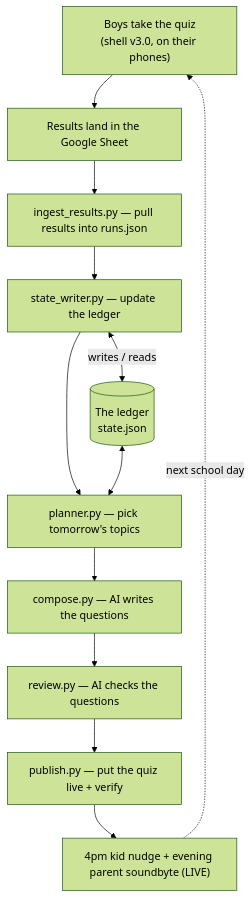
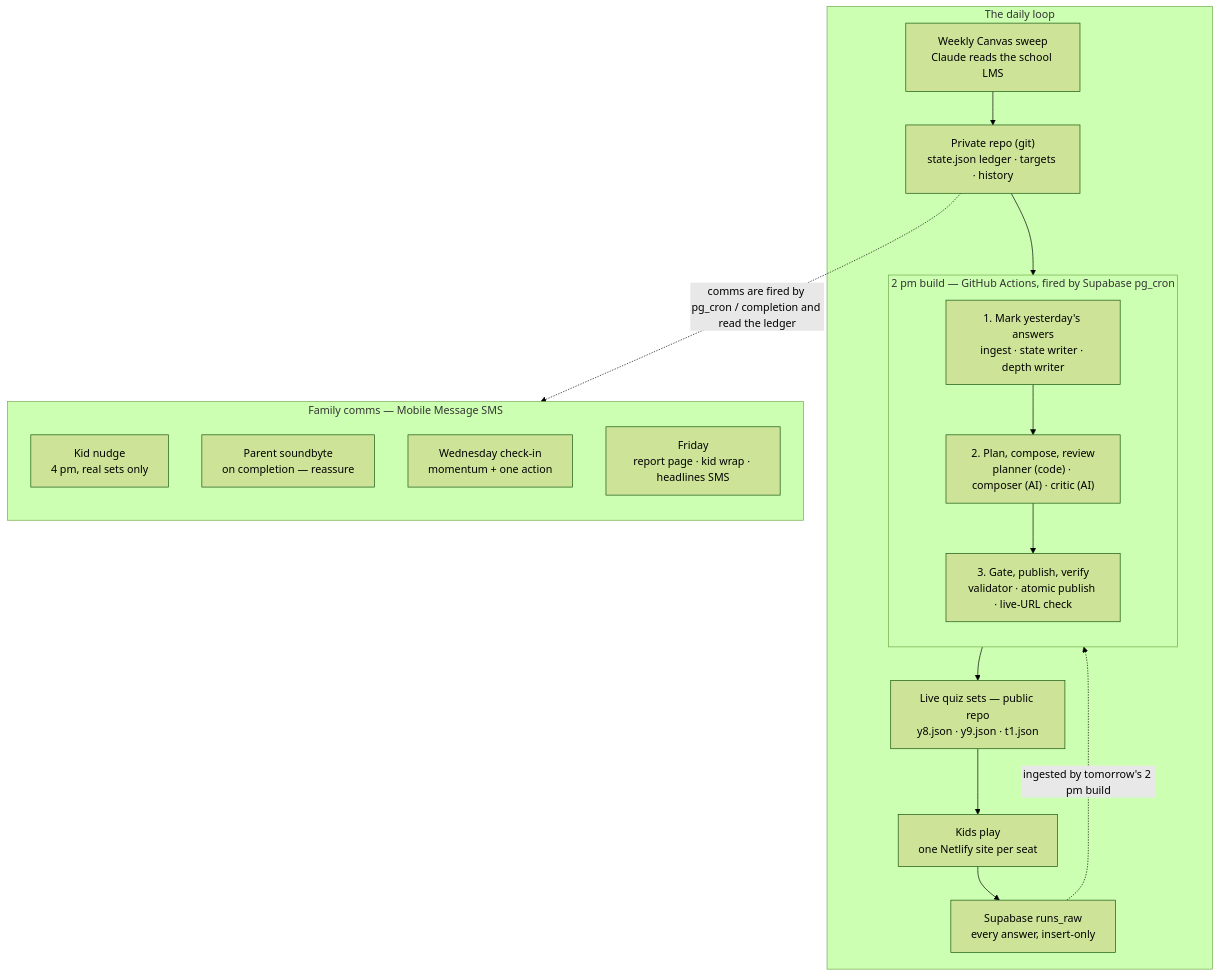
One commit to Rich898/DailyXP-content changed the diagram in SYSTEM-MAP.md. Above: the diagram before and after it, drawn with Mermaid (forest theme). The commit also changed other lines of this file, not shown here.

First line of the commit message:
SYSTEM-MAP.md v1.1: end-to-end system map, sweep → Friday report

````diff
--- a/SYSTEM-MAP.md
+++ b/SYSTEM-MAP.md
@@ -30,14 +38,24 @@
 ```mermaid
-flowchart TD
-    A["Boys take the quiz<br/>(shell v3.0, on their phones)"] --> B["Results land in the Google Sheet"]
-    B --> C["ingest_results.py — pull results into runs.json"]
-    C --> D["state_writer.py — update the ledger"]
-    D <-->|writes / reads| L[("The ledger<br/>state.json")]
-    D --> E["planner.py — pick tomorrow's topics"]
-    L <--> E
-    E --> F["compose.py — AI writes the questions"]
-    F --> G["review.py — AI checks the questions"]
-    G --> H["publish.py — put the quiz live + verify"]
-    H --> I["4pm kid nudge + evening parent soundbyte (LIVE)"]
-    I -.->|next school day| A
+flowchart TB
+    subgraph loop ["The daily loop"]
+        SWEEP["Weekly Canvas sweep<br/>Claude reads the school LMS"] --> PRIV["Private repo (git)<br/>state.json ledger · targets · history"]
+        PRIV --> BUILD
+        subgraph BUILD ["2 pm build — GitHub Actions, fired by Supabase pg_cron"]
+            direction TB
+            S1["1. Mark yesterday's answers<br/>ingest · state writer · depth writer"] --> S2["2. Plan, compose, review<br/>planner (code) · composer (AI) · critic (AI)"]
+            S2 --> S3["3. Gate, publish, verify<br/>validator · atomic publish · live-URL check"]
+        end
+        BUILD --> LIVE["Live quiz sets — public repo<br/>y8.json · y9.json · t1.json"]
+        LIVE --> PLAY["Kids play<br/>one Netlify site per seat"]
+        PLAY --> RAW["Supabase runs_raw<br/>every answer, insert-only"]
+        RAW -. "ingested by tomorrow's 2 pm build" .-> BUILD
+    end
+    subgraph comms ["Family comms — Mobile Message SMS"]
+        direction TB
+        N["Kid nudge<br/>4 pm, real sets only"]
+        SB["Parent soundbyte<br/>on completion — reassure"]
+        W["Wednesday check-in<br/>momentum + one action"]
+        F["Friday<br/>report page · kid wrap · headlines SMS"]
+    end
+    PRIV -. "comms are fired by pg_cron / completion and read the ledger" .-> comms
 ```
````
